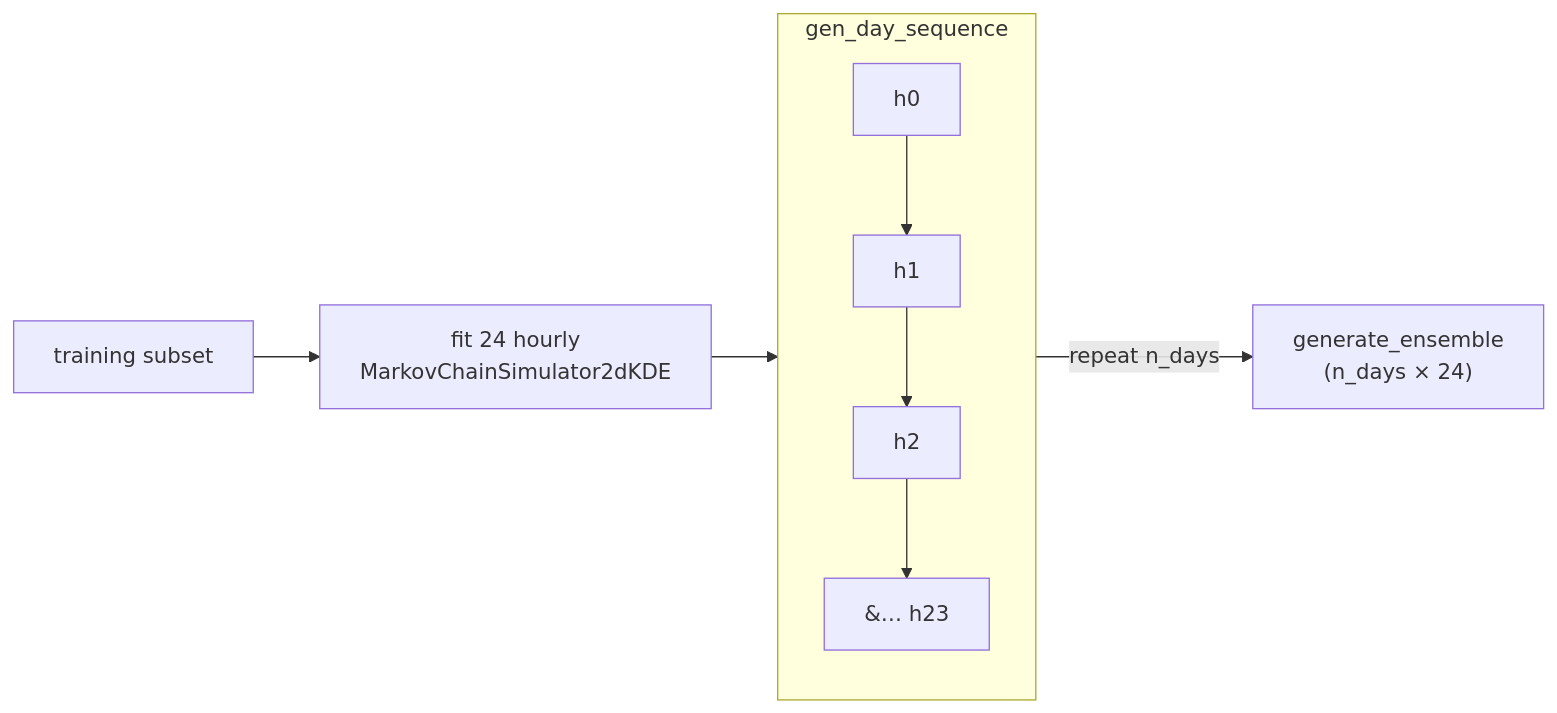
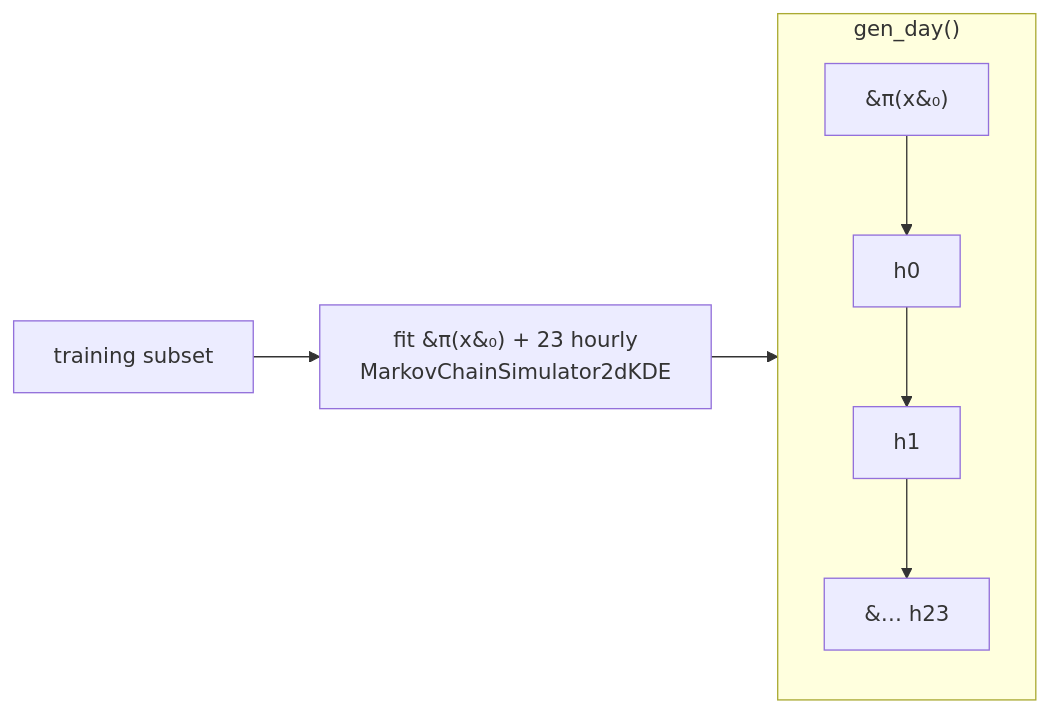
One commit to npapnet/meteosynth changed the fourth of 6 diagrams in docs/source/theory.md. Above: the diagram before and after it, drawn with Mermaid. The commit also changed other lines of this file and 36 other files, not shown here.

````diff
--- a/docs/source/theory.md
+++ b/docs/source/theory.md
@@ -115,9 +120,8 @@
 ```{mermaid}
 flowchart LR
-    subgraph Day["gen_day_sequence"]
-        H0["h0"] --> H1["h1"] --> H2["h2"] --> Hn["&#8230; h23"]
+    subgraph Day["gen_day()"]
+        P["&#960;(x&#8320;)"] --> H0["h0"] --> H1["h1"] --> Hn["&#8230; h23"]
     end
-    Train["training subset"] --> Fit["fit 24 hourly<br/>MarkovChainSimulator2dKDE"]
+    Train["training subset"] --> Fit["fit &#960;(x&#8320;) + 23 hourly<br/>MarkovChainSimulator2dKDE"]
     Fit --> Day
-    Day -->|"repeat n_days"| Ens["generate_ensemble<br/>(n_days &times; 24)"]
 ```
````
